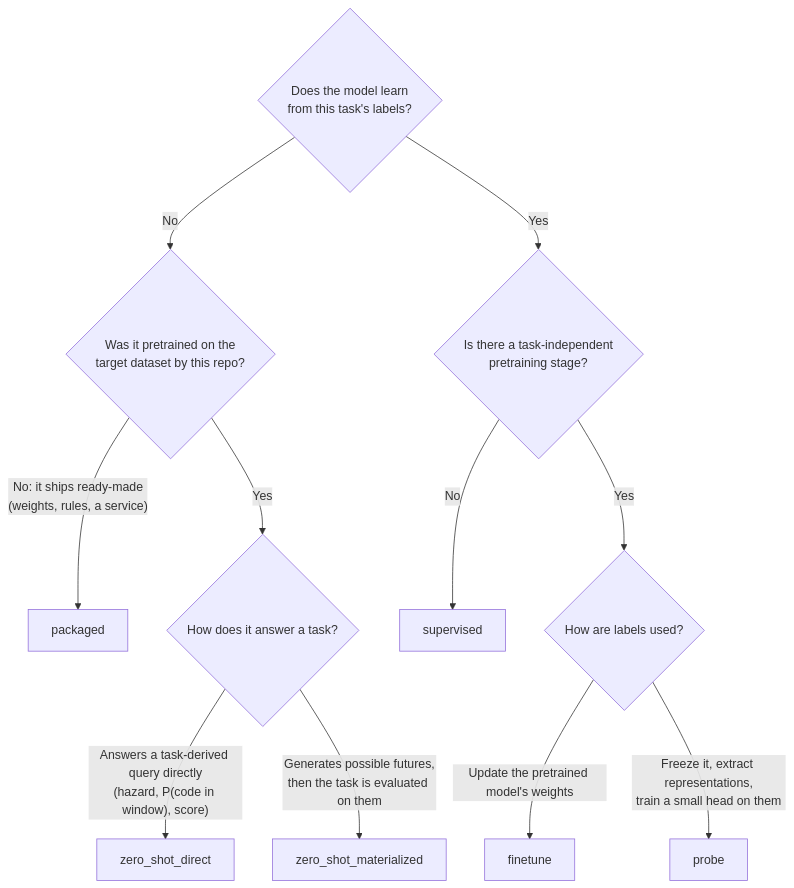
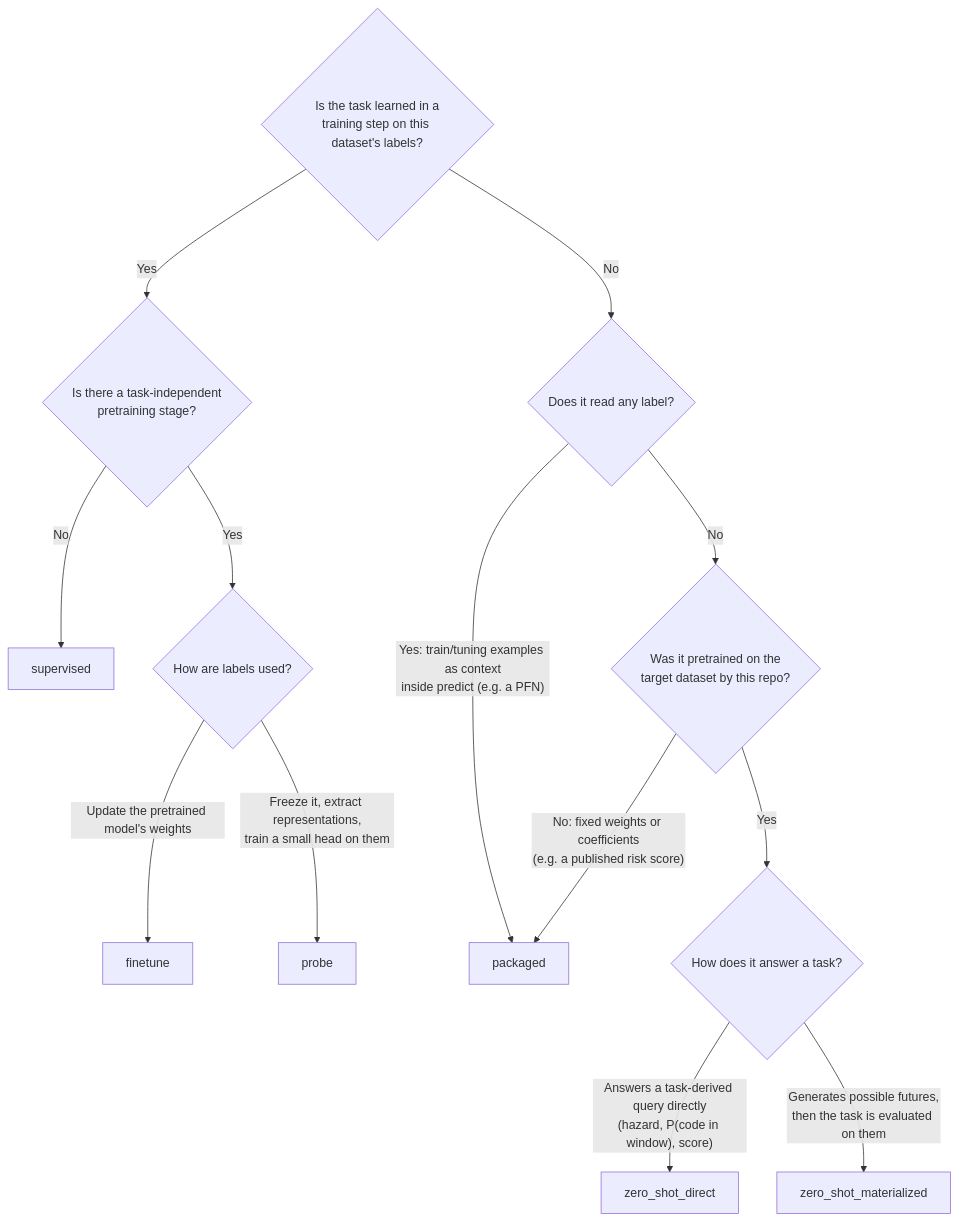
One commit to McDermottHealthAI/MEDS_algorithm_template changed the first of 7 diagrams in docs/profiles.md. Above: the diagram before and after it, drawn with Mermaid. The commit also changed other lines of this file and 6 other files, not shown here.

First line of the commit message:
Docs: explicit nav sections; packaged as no-training-command, with PFNs and who reads which labels

````diff
--- a/docs/profiles.md
+++ b/docs/profiles.md
@@ -32,14 +32,16 @@
 ```mermaid
 flowchart TD
-    q1{Does the model learn<br/>from this task's labels?}
-    q1 -- No --> q4{Was it pretrained on the<br/>target dataset by this repo?}
-    q4 -- "No: it ships ready-made<br/>(weights, rules, a service)" --> packaged[packaged]
-    q4 -- Yes --> q5{How does it answer a task?}
-    q5 -- "Answers a task-derived query directly<br/>(hazard, P(code in window), score)" --> zsd[zero_shot_direct]
-    q5 -- "Generates possible futures,<br/>then the task is evaluated on them" --> zsm[zero_shot_materialized]
+    q1{Is the task learned in a<br/>training step on this dataset's labels?}
     q1 -- Yes --> q2{Is there a task-independent<br/>pretraining stage?}
     q2 -- No --> supervised[supervised]
     q2 -- Yes --> q3{How are labels used?}
     q3 -- "Update the pretrained model's weights" --> finetune[finetune]
     q3 -- "Freeze it, extract representations,<br/>train a small head on them" --> probe[probe]
+    q1 -- No --> q6{Does it read any label?}
+    q6 -- "Yes: train/tuning examples as context<br/>inside predict (e.g. a PFN)" --> packaged[packaged]
+    q6 -- No --> q4{Was it pretrained on the<br/>target dataset by this repo?}
+    q4 -- "No: fixed weights or coefficients<br/>(e.g. a published risk score)" --> packaged
+    q4 -- Yes --> q5{How does it answer a task?}
+    q5 -- "Answers a task-derived query directly<br/>(hazard, P(code in window), score)" --> zsd[zero_shot_direct]
+    q5 -- "Generates possible futures,<br/>then the task is evaluated on them" --> zsm[zero_shot_materialized]
 ```
````
